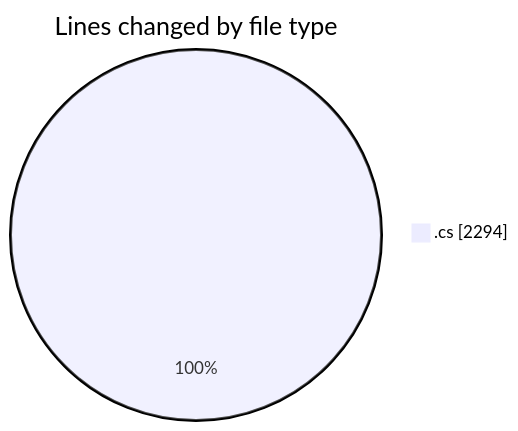
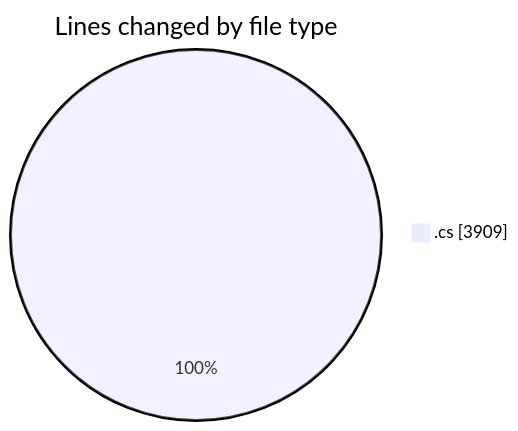
The first of 2 diagrams in 2025-04-06/back-end/README.md (Netris89/code-tracking), drawn with Mermaid before and after one commit. The commit also changed other lines of this file and 1 other file, not shown here.

````diff
--- a/2025-04-06/back-end/README.md
+++ b/2025-04-06/back-end/README.md
@@ -31,5 +39,5 @@
 ```mermaid
 pie showData
 title Lines changed by file type
-".cs" : 2294
+".cs" : 3909
 ```
````
